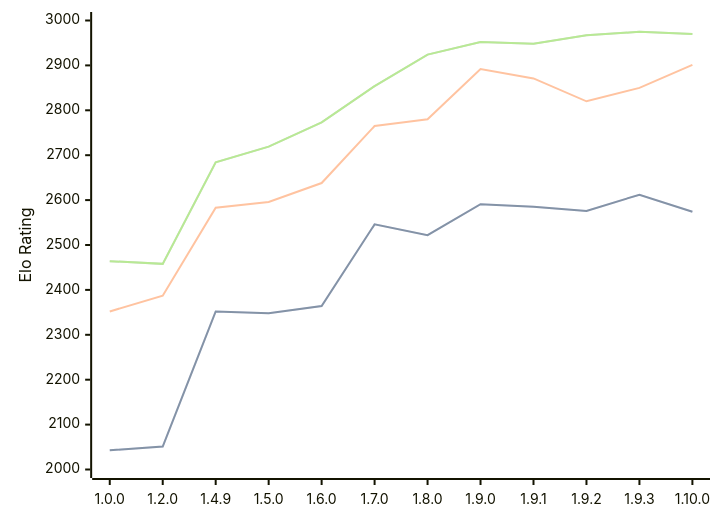
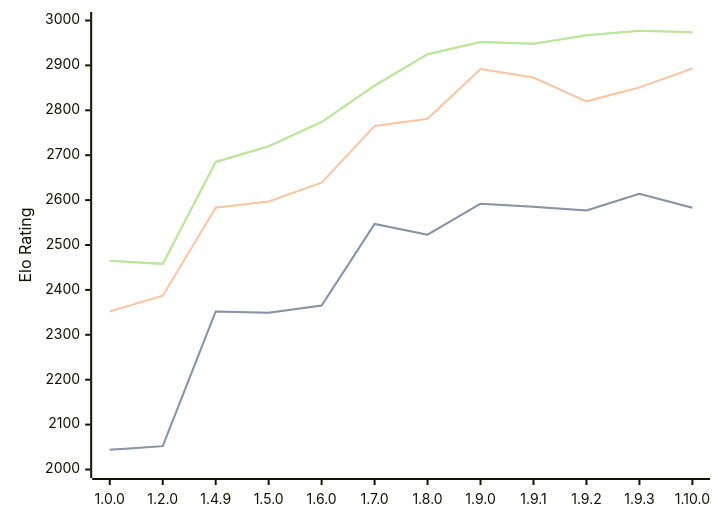
Before and after one commit to computer-chess-index/cci: the diagram in engines/Basilisk.md, drawn with Mermaid. The commit also changed other lines of this file, not shown here.

Commit message:
Update CCI Ratings (ELO VLTC) - 2026-09-14

````diff
--- a/engines/Basilisk.md
+++ b/engines/Basilisk.md
@@ -55,11 +55,11 @@
 ```mermaid
 %%{init: {"theme":"base","themeVariables":{"seriesColors:['#a3a3a3','#222221','#faa371']}}}%%
 xychart-beta
   x-axis ["1.0.0", "1.2.0", "1.4.9", "1.5.0", "1.6.0", "1.7.0", "1.8.0", "1.9.0", "1.9.1", "1.9.2", "1.9.3", "1.10.0"]
   y-axis "Elo Rating" 2000 --> 3000
-  line "" [2043, 2051, 2352, 2348, 2364, 2546, 2522, 2591, 2585, 2576, 2612, 2574]
-  line "STC (8.0+0.08s)" [2043, 2051, 2352, 2348, 2364, 2546, 2522, 2591, 2585, 2576, 2612, 2574]
-  line "LTC (60.0+0.60s)" [2352, 2387, 2583, 2596, 2638, 2765, 2780, 2892, 2871, 2820, 2850, 2901]
-  line "" [2464, 2458, 2684, 2719, 2773, 2854, 2924, 2952, 2948, 2967, 2975, 2970]
-  line "VLTC (2m24s+1.12s)" [2464, 2458, 2684, 2719, 2773, 2854, 2924, 2952, 2948, 2967, 2975, 2970]
+  line "" [2044, 2052, 2352, 2349, 2365, 2547, 2523, 2592, 2585, 2577, 2614, 2583]
+  line "STC (8.0+0.08s)" [2044, 2052, 2352, 2349, 2365, 2547, 2523, 2592, 2585, 2577, 2614, 2583]
+  line "LTC (60.0+0.60s)" [2352, 2387, 2583, 2597, 2639, 2765, 2781, 2892, 2873, 2820, 2851, 2893]
+  line "" [2465, 2458, 2685, 2720, 2774, 2855, 2925, 2952, 2948, 2967, 2977, 2974]
+  line "VLTC (2m24s+1.12s)" [2465, 2458, 2685, 2720, 2774, 2855, 2925, 2952, 2948, 2967, 2977, 2974]
 ```
````
